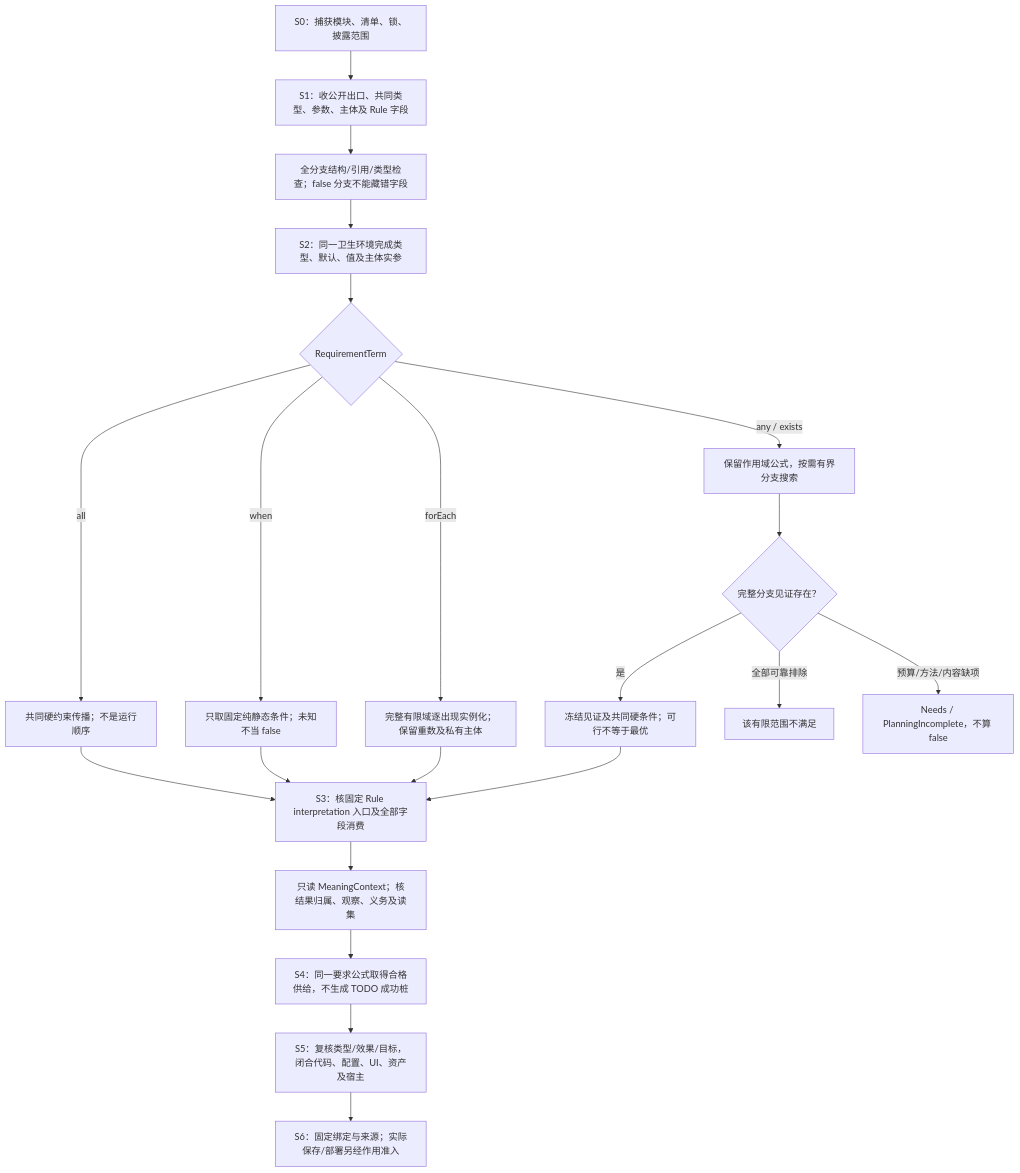
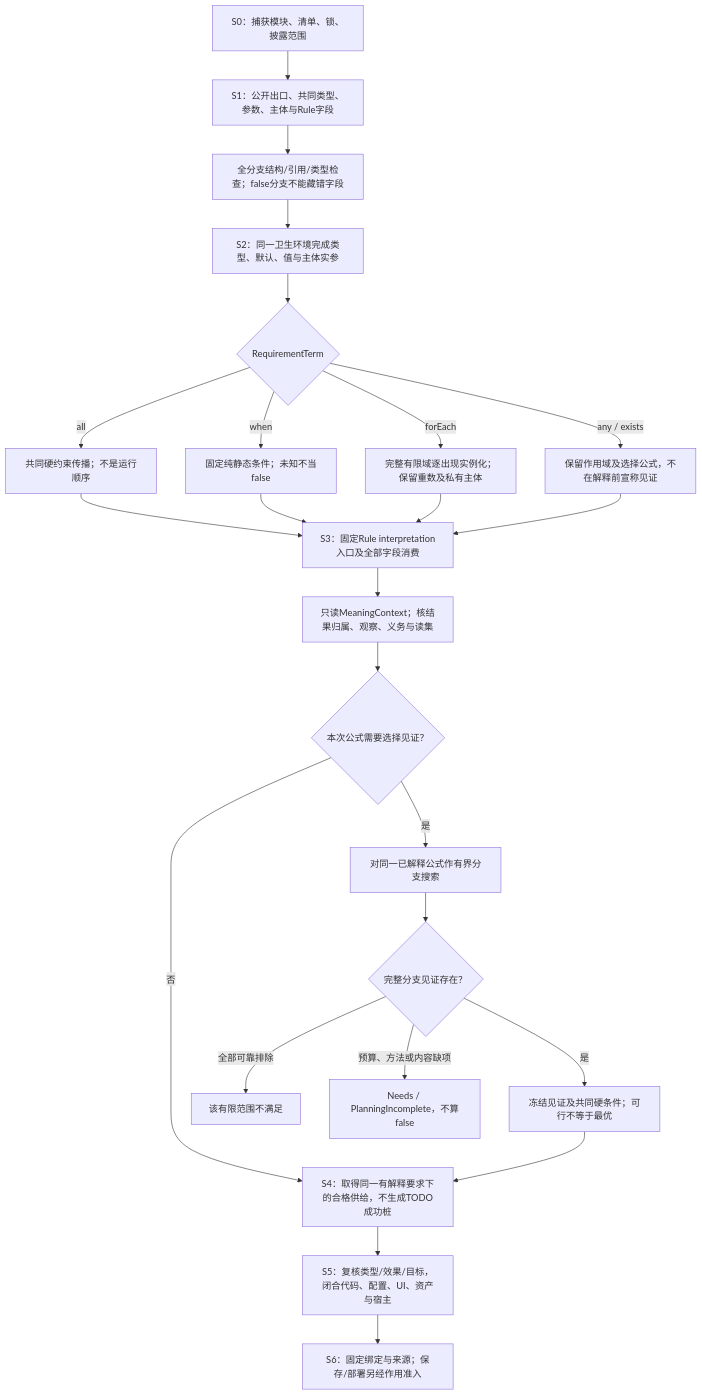
Before and after one commit to sec-platform/sec: the diagram in docs/作者/结构化源码.md, drawn with Mermaid. The commit also changed 122 other files, not shown here.

First line of the commit message:
docs: unify system diagrams and remove redundant design text (#882)

````diff
--- a/docs/作者/结构化源码.md
+++ b/docs/作者/结构化源码.md
@@ -385,23 +385,26 @@
 ```mermaid
 flowchart TB
-  bytes["S0：捕获模块、清单、锁、披露范围"] --> headers["S1：收公开出口、共同类型、参数、主体及 Rule 字段"]
-  headers --> typed["全分支结构/引用/类型检查；false 分支不能藏错字段"]
-  typed --> inst["S2：同一卫生环境完成类型、默认、值及主体实参"]
+  bytes["S0：捕获模块、清单、锁、披露范围"] --> headers["S1：公开出口、共同类型、参数、主体与Rule字段"]
+  headers --> typed["全分支结构/引用/类型检查；false分支不能藏错字段"]
+  typed --> inst["S2：同一卫生环境完成类型、默认、值与主体实参"]
   inst --> term{"RequirementTerm"}
   term -->|all| conjunction["共同硬约束传播；不是运行顺序"]
-  term -->|when| condition["只取固定纯静态条件；未知不当 false"]
+  term -->|when| condition["固定纯静态条件；未知不当false"]
   term -->|forEach| each["完整有限域逐出现实例化；保留重数及私有主体"]
-  term -->|any / exists| search["保留作用域公式，按需有界分支搜索"]
+  term -->|any / exists| formula["保留作用域及选择公式，不在解释前宣称见证"]
+  conjunction --> meaning["S3：固定Rule interpretation入口及全部字段消费"]
+  condition --> meaning
+  each --> meaning
+  formula --> meaning
+  meaning --> result["只读MeaningContext；核结果归属、观察、义务与读集"]
+  result --> choose{"本次公式需要选择见证？"}
+  choose -->|否| supply["S4：取得同一有解释要求下的合格供给，不生成TODO成功桩"]
+  choose -->|是| search["对同一已解释公式作有界分支搜索"]
   search --> witness{"完整分支见证存在？"}
   witness -->|是| chosen["冻结见证及共同硬条件；可行不等于最优"]
+  chosen --> supply
   witness -->|全部可靠排除| unsat["该有限范围不满足"]
-  witness -->|预算/方法/内容缺项| unknown["Needs / PlanningIncomplete，不算 false"]
-  conjunction --> meaning["S3：核固定 Rule interpretation 入口及全部字段消费"]
-  condition --> meaning
-  each --> meaning
-  chosen --> meaning
-  meaning --> result["只读 MeaningContext；核结果归属、观察、义务及读集"]
-  result --> supply["S4：同一要求公式取得合格供给，不生成 TODO 成功桩"]
-  supply --> output["S5：复核类型/效果/目标，闭合代码、配置、UI、资产及宿主"]
-  output --> frozen["S6：固定绑定与来源；实际保存/部署另经作用准入"]
+  witness -->|预算、方法或内容缺项| unknown["Needs / PlanningIncomplete，不算false"]
+  supply --> output["S5：复核类型/效果/目标，闭合代码、配置、UI、资产与宿主"]
+  output --> frozen["S6：固定绑定与来源；保存/部署另经作用准入"]
 ```
````
